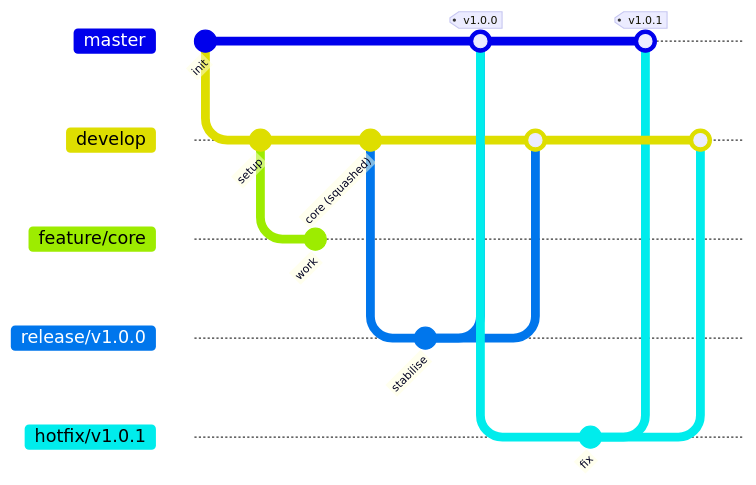
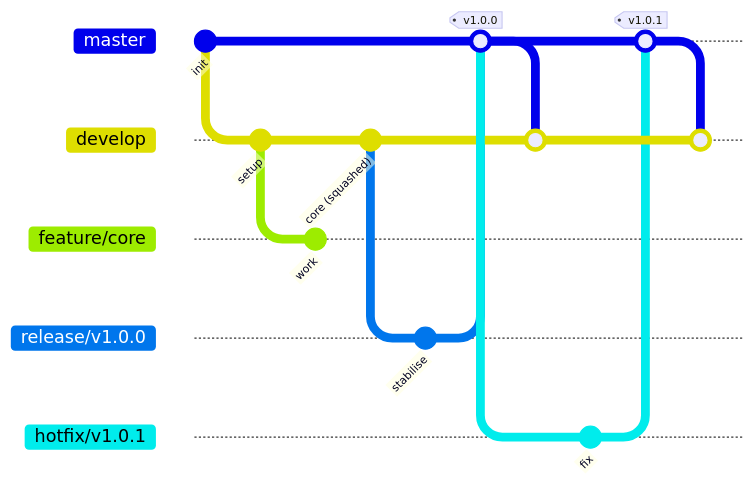
Before and after one commit to NinjaMonkeyGames/gamemaker-project-template: the diagram in CONTRIBUTING.md, drawn with Mermaid. The commit also changed other lines of this file and 9 other files, not shown here.

````diff
--- a/CONTRIBUTING.md
+++ b/CONTRIBUTING.md
@@ -68,28 +80,28 @@
 ```mermaid
 %%{init: { 'gitGraph': { 'mainBranchName': 'master' }}}%%
 gitGraph
    commit id: "init"
    branch develop
    checkout develop
    commit id: "setup"
    branch feature/core
    checkout feature/core
    commit id: "work"
    checkout develop
    commit id: "core (squashed)"
    branch release/v1.0.0
    checkout release/v1.0.0
    commit id: "stabilise"
    checkout master
    merge release/v1.0.0 tag: "v1.0.0"
    checkout develop
-   merge release/v1.0.0
+   merge master
    checkout master
    branch hotfix/v1.0.1
    checkout hotfix/v1.0.1
    commit id: "fix"
    checkout master
    merge hotfix/v1.0.1 tag: "v1.0.1"
    checkout develop
-   merge hotfix/v1.0.1
+   merge master
 ```
````
